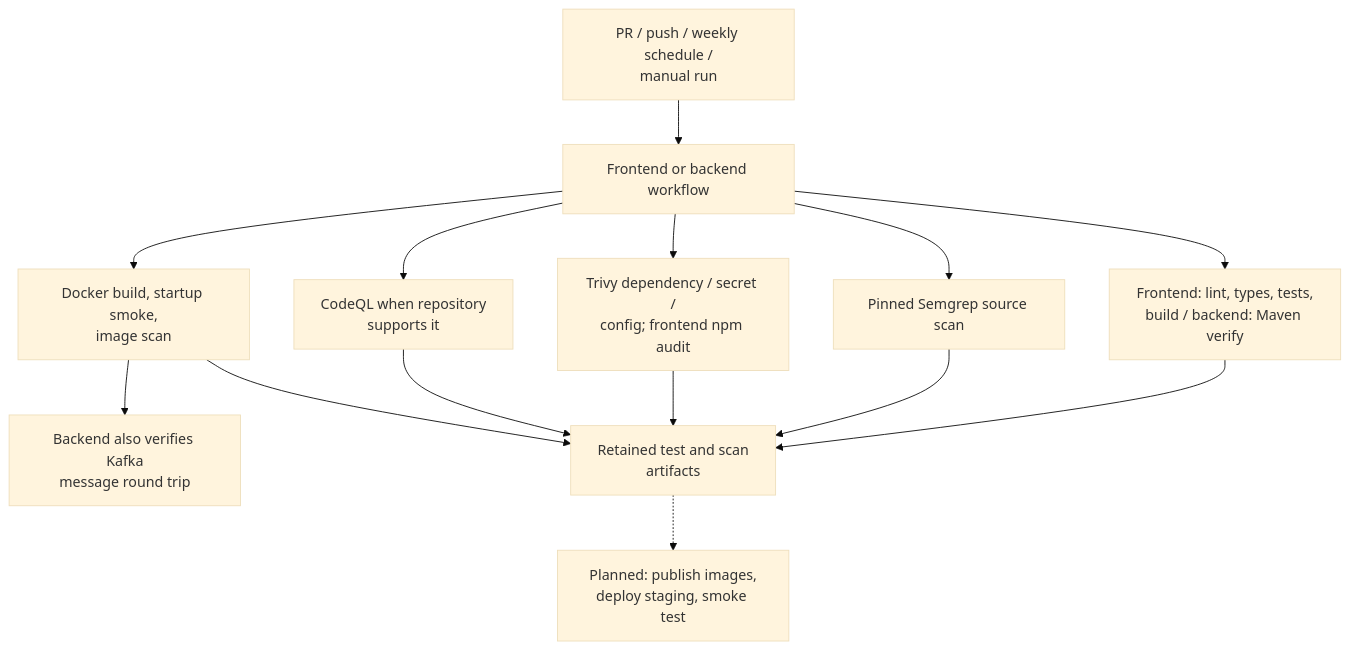
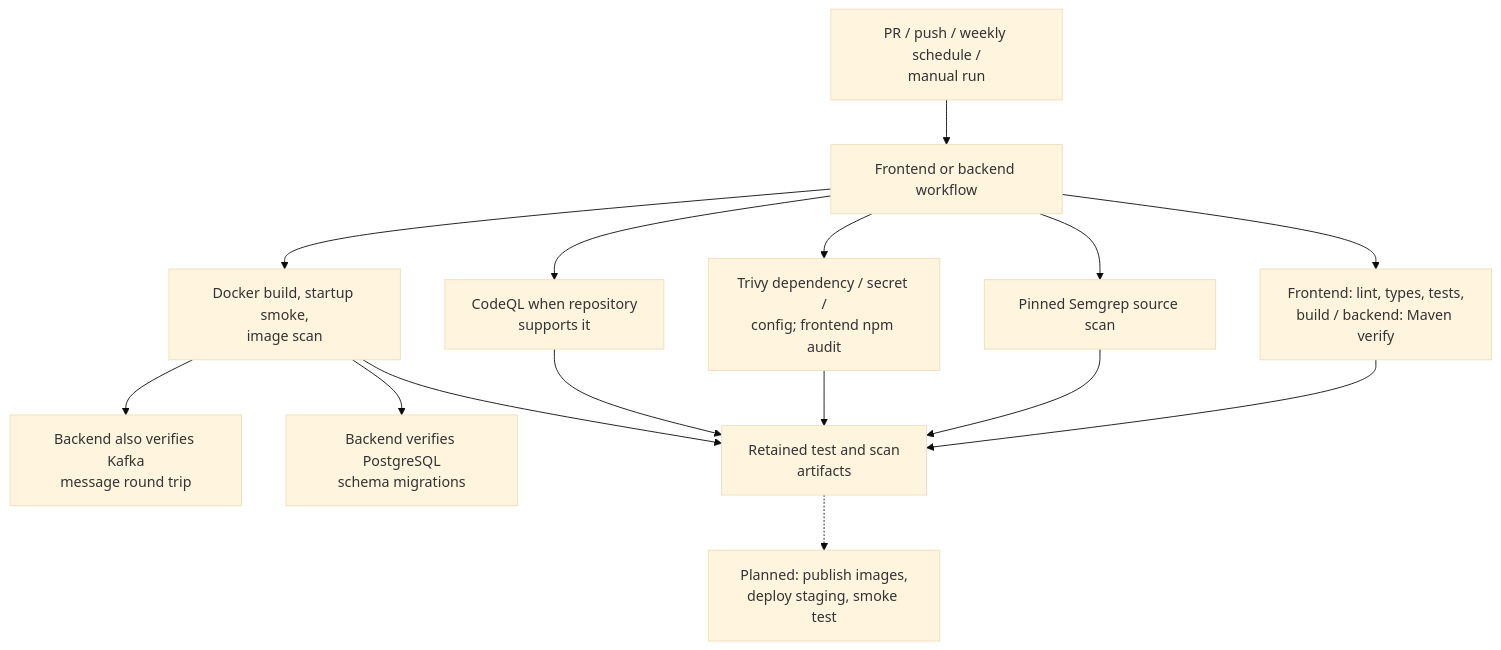
Before and after one commit to ChangeGuardHQ/changuard-platform: diagram 30 of 41 in README.md, drawn with Mermaid (base theme). The commit also changed other lines of this file and 29 other files, not shown here.

Commit message:
added postgreSQL and connector persistence

````diff
--- a/README.md
+++ b/README.md
@@ -2100,16 +2119,17 @@
 ```mermaid
 flowchart TD
     Trigger["PR / push / weekly schedule /<br/>manual run"] --> Workflow["Frontend or backend workflow"]
     Workflow --> Checks["Frontend: lint, types, tests,<br/>build / backend: Maven verify"]
     Workflow --> SAST["Pinned Semgrep source scan"]
     Workflow --> Dependencies["Trivy dependency / secret /<br/>config; frontend npm audit"]
     Workflow --> CodeQL["CodeQL when repository<br/>supports it"]
     Workflow --> Container["Docker build, startup smoke,<br/>image scan"]
     Container --> KafkaTest["Backend also verifies Kafka<br/>message round trip"]
+    Container --> PostgresTest["Backend verifies PostgreSQL<br/>schema migrations"]
     Checks --> Reports["Retained test and scan<br/>artifacts"]
     SAST --> Reports
     Dependencies --> Reports
     CodeQL --> Reports
     Container --> Reports
     Reports -.-> Delivery["Planned: publish images,<br/>deploy staging, smoke test"]
 ```
````
